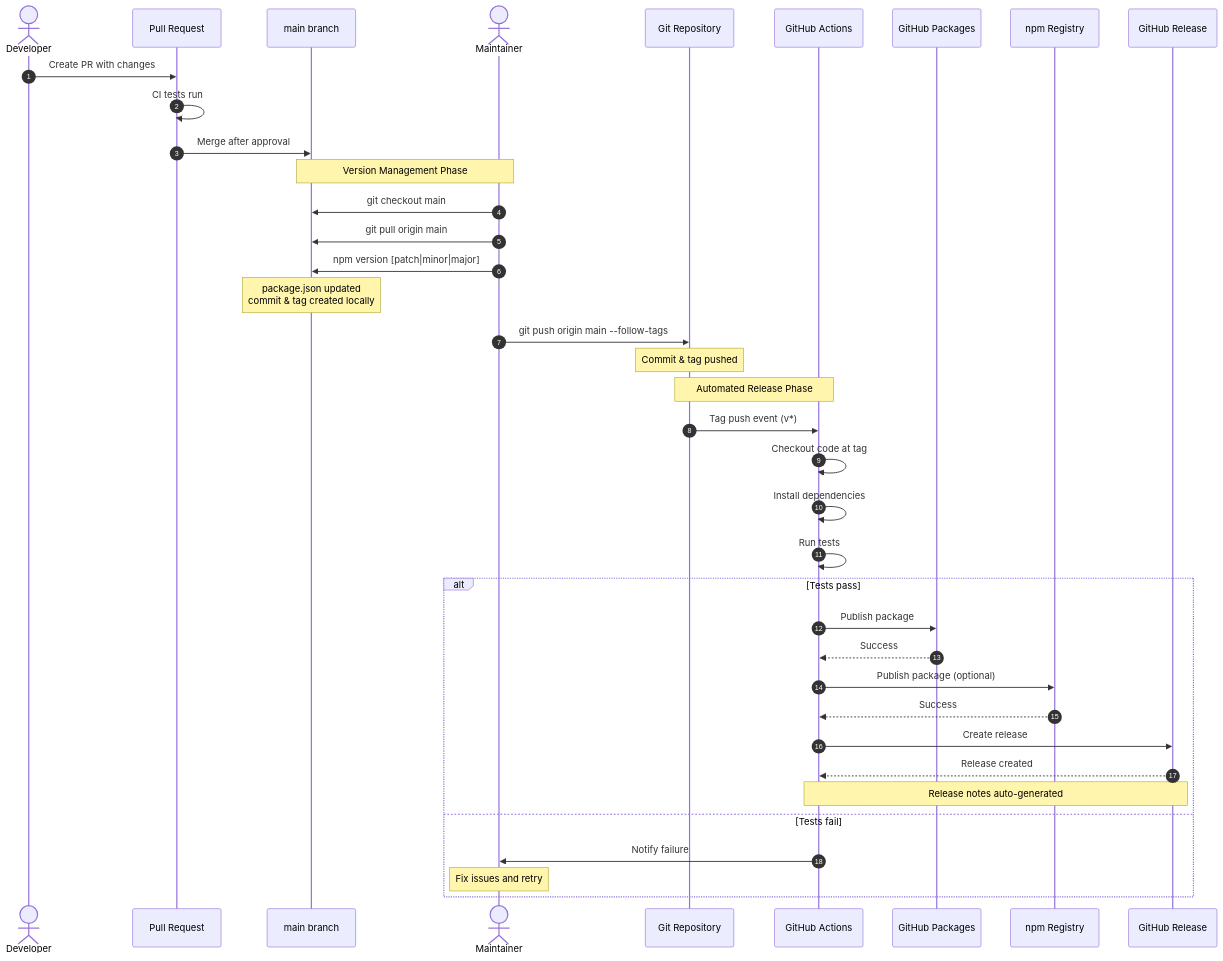
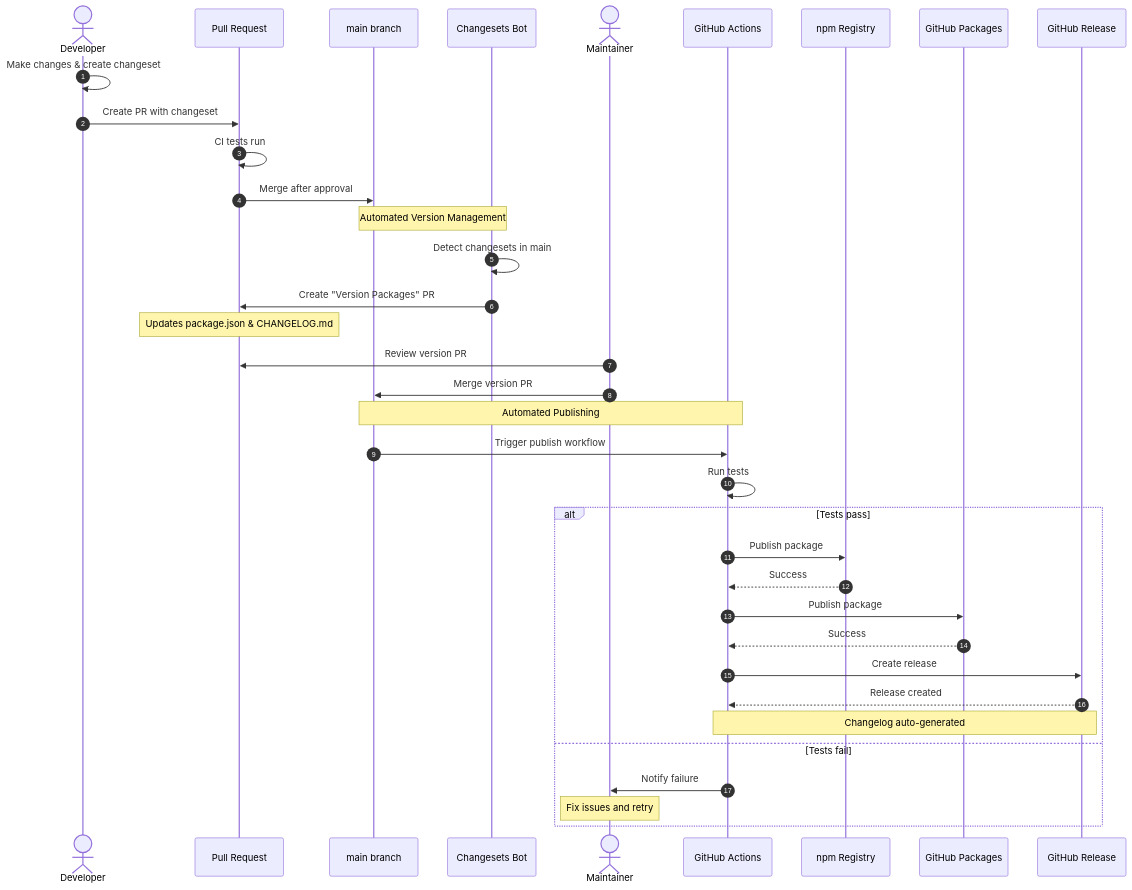
Before and after one commit to andylockran/overload-protection: the second of 2 diagrams in CONTRIBUTING.md, drawn with Mermaid. The commit also changed other lines of this file and 6 other files, not shown here.

Commit message:
Migrate to Changesets for automated version management with conventional commits

````diff
--- a/CONTRIBUTING.md
+++ b/CONTRIBUTING.md
@@ -211,45 +241,43 @@
 ```mermaid
 sequenceDiagram
     autonumber
     actor Dev as Developer
     participant PR as Pull Request
     participant Main as main branch
+    participant Bot as Changesets Bot
     actor Maint as Maintainer
-    participant Git as Git Repository
     participant GHA as GitHub Actions
-    participant Pkg as GitHub Packages
     participant NPM as npm Registry
+    participant GPkg as GitHub Packages
     participant Rel as GitHub Release
     
-    Dev->>PR: Create PR with changes
+    Dev->>Dev: Make changes & create changeset
+    Dev->>PR: Create PR with changeset
     PR->>PR: CI tests run
     PR->>Main: Merge after approval
     
-    Note over Main,Maint: Version Management Phase
-    Maint->>Main: git checkout main
-    Maint->>Main: git pull origin main
-    Maint->>Main: npm version [patch|minor|major]
-    Note over Main: package.json updated<br/>commit & tag created locally
+    Note over Main,Bot: Automated Version Management
+    Bot->>Bot: Detect changesets in main
+    Bot->>PR: Create "Version Packages" PR
+    Note over PR: Updates package.json & CHANGELOG.md
     
-    Maint->>Git: git push origin main --follow-tags
-    Note over Git: Commit & tag pushed
+    Maint->>PR: Review version PR
+    Maint->>Main: Merge version PR
     
-    Note over Git,GHA: Automated Release Phase
-    Git->>GHA: Tag push event (v*)
-    GHA->>GHA: Checkout code at tag
-    GHA->>GHA: Install dependencies
+    Note over Main,GHA: Automated Publishing
+    Main->>GHA: Trigger publish workflow
     GHA->>GHA: Run tests
     
     alt Tests pass
-        GHA->>Pkg: Publish package
-        Pkg-->>GHA: Success
-        GHA->>NPM: Publish package (optional)
+        GHA->>NPM: Publish package
         NPM-->>GHA: Success
+        GHA->>GPkg: Publish package
+        GPkg-->>GHA: Success
         GHA->>Rel: Create release
         Rel-->>GHA: Release created
-        Note over GHA,Rel: Release notes auto-generated
+        Note over GHA,Rel: Changelog auto-generated
     else Tests fail
         GHA->>Maint: Notify failure
         Note over Maint: Fix issues and retry
     end
 ```
````
